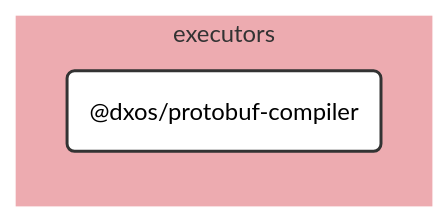
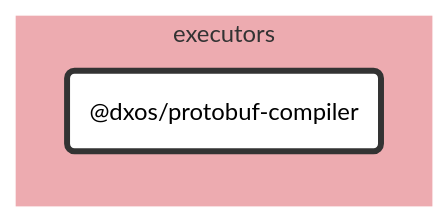
Before and after one commit to dxos/dxos: the diagram in tools/executors/protobuf-compiler/docs/README.md, drawn with Mermaid (neutral theme). The commit also changed 683 other files, not shown here.

````diff
--- a/tools/executors/protobuf-compiler/docs/README.md
+++ b/tools/executors/protobuf-compiler/docs/README.md
@@ -7,25 +7,20 @@
 ```mermaid
 %%{ init: {'flowchart':{'curve':'basis'}} }%%
 
 flowchart LR
 
-%% Links
+%% Classes
+classDef def fill:#fff,stroke:#333,stroke-width:1px
+classDef root fill:#fff,stroke:#333,stroke-width:4px
 
-%% Sections
-subgraph executors
-  style executors fill:#edabb0,stroke:#fff;
+%% Nodes
 
-  dxos/protobuf-compiler("@dxos/protobuf-compiler")
+subgraph executors [executors]
+  style executors fill:#edabb0,stroke:#fff
+  dxos/protobuf-compiler("@dxos/protobuf-compiler"):::root
+  click dxos/protobuf-compiler "dxos/dxos/tree/main/tools/executors/protobuf-compiler/docs"
 end
 
-
-%% Hyperlinks
-
-%% Styles
-classDef rootNode fill:#fff,stroke:#333,stroke-width:2px
-classDef defaultNode fill:#fff,stroke:#333,stroke-width:1px
+%% Links
 linkStyle default stroke:#333,stroke-width:1px
-
-dxos/protobuf-compiler:::rootNode
-
 ```
````
